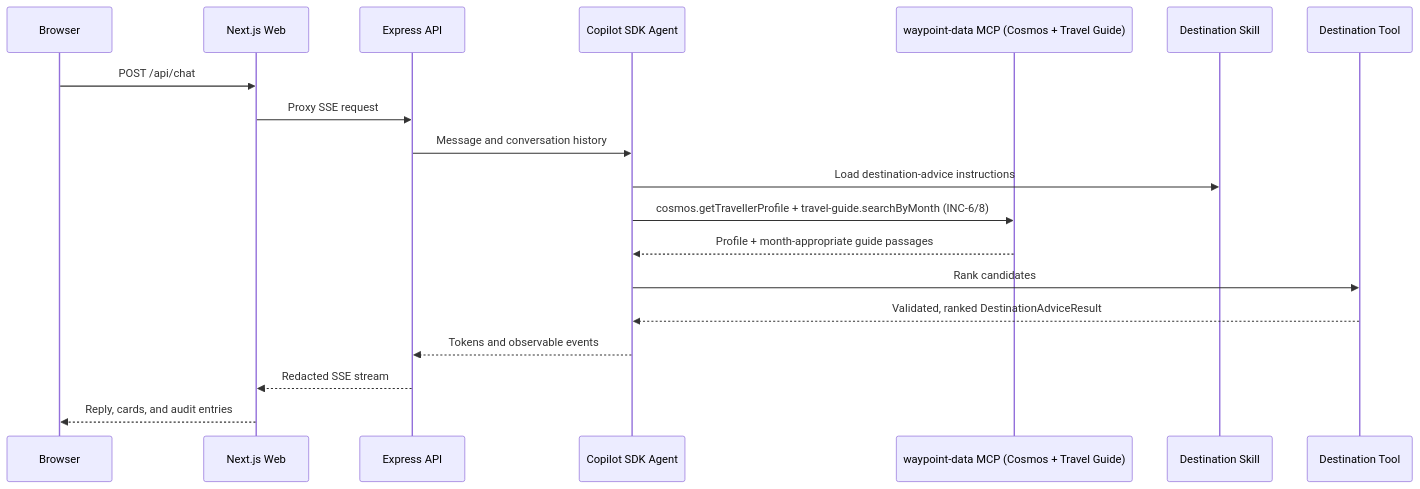
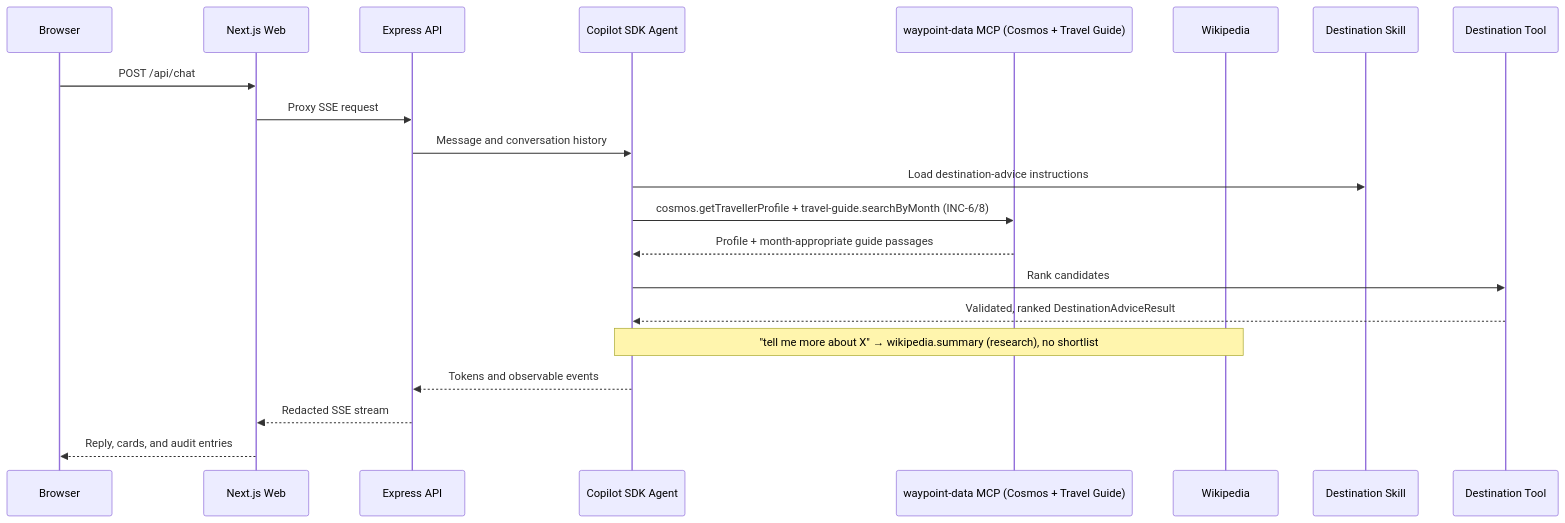
The second of 2 diagrams in demo-guide.md (andrew-rubio/waypoint-demo), drawn with Mermaid before and after one commit. The commit also changed other lines of this file and 2 other files, not shown here.

````diff
--- a/demo-guide.md
+++ b/demo-guide.md
@@ -182,22 +201,24 @@
 ```mermaid
 sequenceDiagram
     participant Browser
     participant Web as Next.js Web
     participant API as Express API
     participant Agent as Copilot SDK Agent
     participant Data as waypoint-data MCP (Cosmos + Travel Guide)
+    participant Wiki as Wikipedia
     participant Skill as Destination Skill
     participant Tool as Destination Tool
 
     Browser->>Web: POST /api/chat
     Web->>API: Proxy SSE request
     API->>Agent: Message and conversation history
     Agent->>Skill: Load destination-advice instructions
     Agent->>Data: cosmos.getTravellerProfile + travel-guide.searchByMonth (INC-6/8)
     Data-->>Agent: Profile + month-appropriate guide passages
     Agent->>Tool: Rank candidates
     Tool-->>Agent: Validated, ranked DestinationAdviceResult
+    Note over Agent,Wiki: "tell me more about X" → wikipedia.summary (research), no shortlist
     Agent-->>API: Tokens and observable events
     API-->>Web: Redacted SSE stream
     Web-->>Browser: Reply, cards, and audit entries
 ```
````
